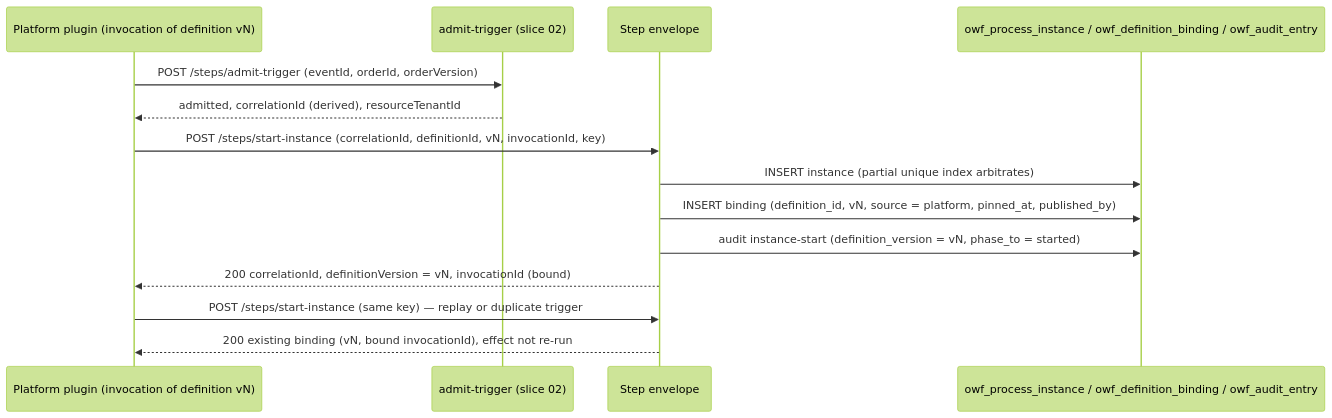
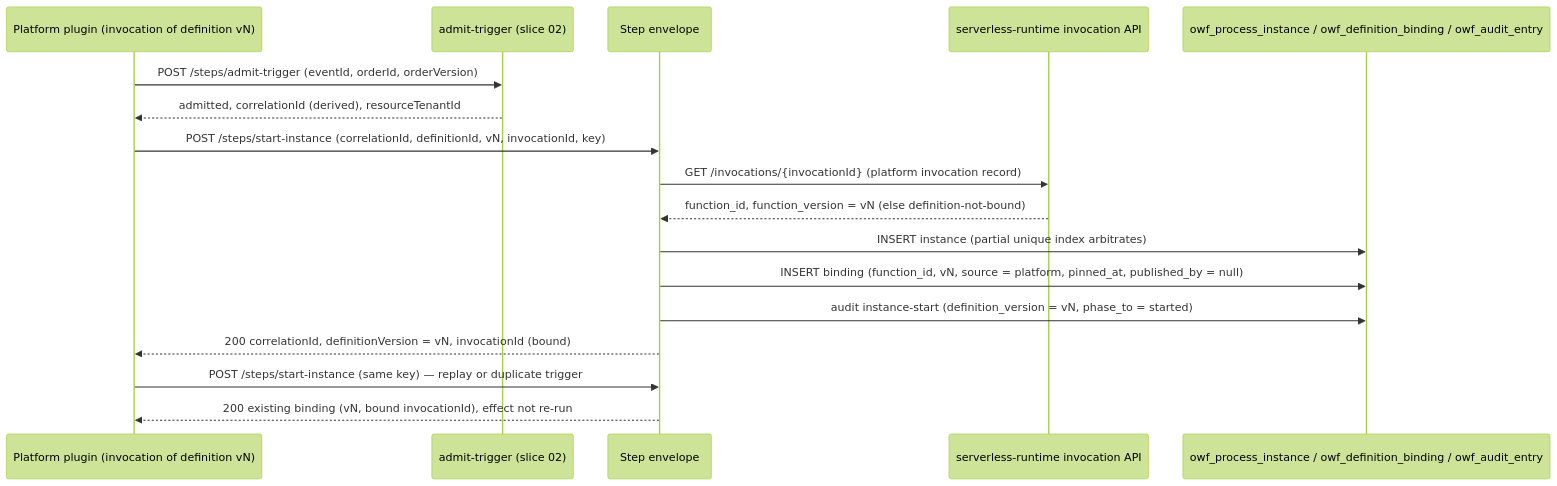
One commit to constructorfabric/gears-rust changed the third of 4 diagrams in gears/bss/orders-workflow/docs/design/01-foundation.md. Above: the diagram before and after it, drawn with Mermaid (forest theme). The commit also changed other lines of this file and 14 other files, not shown here.

````diff
--- a/gears/bss/orders-workflow/docs/design/01-foundation.md
+++ b/gears/bss/orders-workflow/docs/design/01-foundation.md
@@ -1213,16 +1223,19 @@
 ```mermaid
 sequenceDiagram
     participant PL as Platform plugin (invocation of definition vN)
     participant AT as admit-trigger (slice 02)
     participant SE as Step envelope
+    participant RT as serverless-runtime invocation API
     participant DB as owf_process_instance / owf_definition_binding / owf_audit_entry
     PL ->> AT: POST /steps/admit-trigger (eventId, orderId, orderVersion)
     AT -->> PL: admitted, correlationId (derived), resourceTenantId
     PL ->> SE: POST /steps/start-instance (correlationId, definitionId, vN, invocationId, key)
+    SE ->> RT: GET /invocations/{invocationId} (platform invocation record)
+    RT -->> SE: function_id, function_version = vN (else definition-not-bound)
     SE ->> DB: INSERT instance (partial unique index arbitrates)
-    SE ->> DB: INSERT binding (definition_id, vN, source = platform, pinned_at, published_by)
+    SE ->> DB: INSERT binding (function_id, vN, source = platform, pinned_at, published_by = null)
     SE ->> DB: audit instance-start (definition_version = vN, phase_to = started)
     SE -->> PL: 200 correlationId, definitionVersion = vN, invocationId (bound)
     PL ->> SE: POST /steps/start-instance (same key) — replay or duplicate trigger
     SE -->> PL: 200 existing binding (vN, bound invocationId), effect not re-run
 ```
````
